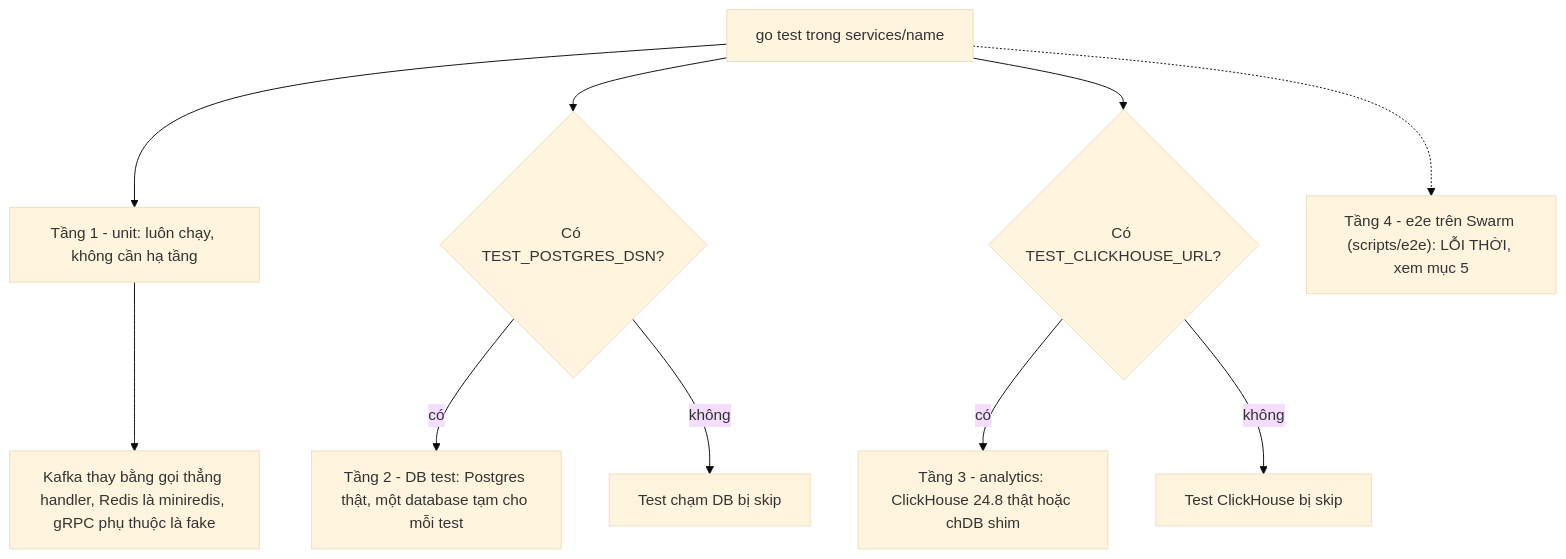
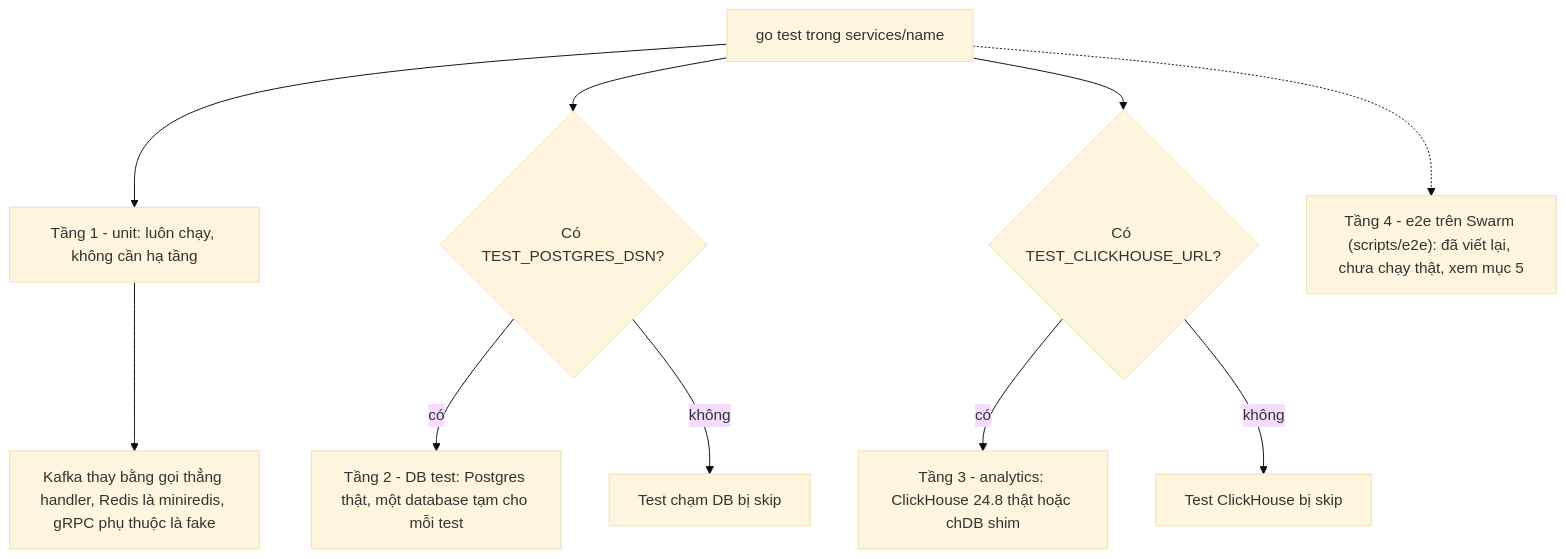
The first of 3 diagrams in docs/instruction/04_TESTING.md (khoatran18/mini-marketplace), drawn with Mermaid (base theme) before and after one commit. The commit also changed other lines of this file and 29 other files, not shown here.

````diff
--- a/docs/instruction/04_TESTING.md
+++ b/docs/instruction/04_TESTING.md
@@ -7,12 +7,12 @@
 ```mermaid
 flowchart TD
   T["go test trong services/name"] --> U["Tầng 1 - unit: luôn chạy, không cần hạ tầng"]
   U --> U1["Kafka thay bằng gọi thẳng handler, Redis là miniredis, gRPC phụ thuộc là fake"]
   T --> PGQ{"Có TEST_POSTGRES_DSN?"}
   PGQ -->|"có"| PG["Tầng 2 - DB test: Postgres thật, một database tạm cho mỗi test"]
   PGQ -->|"không"| PGS["Test chạm DB bị skip"]
   T --> CHQ{"Có TEST_CLICKHOUSE_URL?"}
   CHQ -->|"có"| CH["Tầng 3 - analytics: ClickHouse 24.8 thật hoặc chDB shim"]
   CHQ -->|"không"| CHS["Test ClickHouse bị skip"]
-  T -.-> E["Tầng 4 - e2e trên Swarm (scripts/e2e): LỖI THỜI, xem mục 5"]
+  T -.-> E["Tầng 4 - e2e trên Swarm (scripts/e2e): đã viết lại, chưa chạy thật, xem mục 5"]
 ```
````
